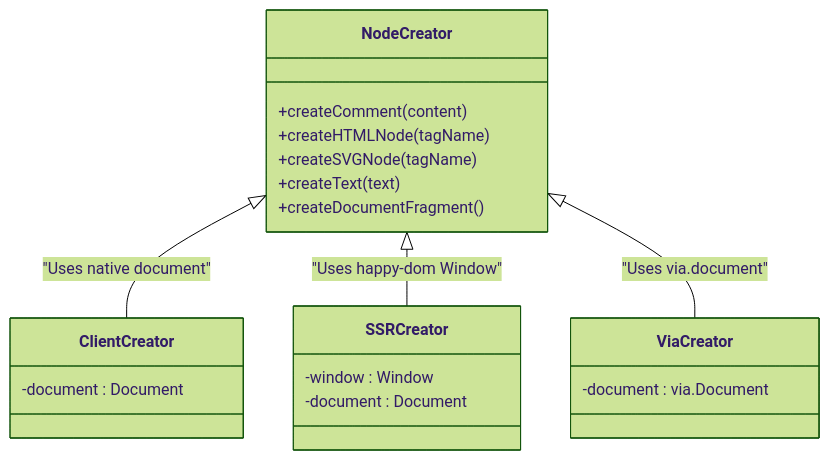
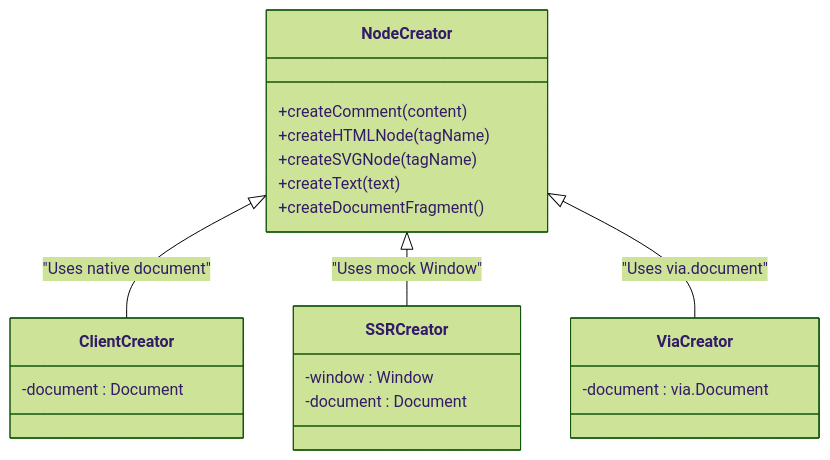
The second of 3 diagrams in .qoder/repowiki/en/content/API Reference/Core Methods/Element Creation/Element Creation.md (wobyjs/woby), drawn with Mermaid (forest theme) before and after one commit. The commit also changed other lines of this file and 911 other files, not shown here.

First line of the commit message:
refactor(ssr): replace happy-dom with custom DOM mocks for server-side rendering

````diff
--- a/.qoder/repowiki/en/content/API Reference/Core Methods/Element Creation/Element Creation.md
+++ b/.qoder/repowiki/en/content/API Reference/Core Methods/Element Creation/Element Creation.md
@@ -101,23 +101,23 @@
 ```mermaid
 classDiagram
 class NodeCreator {
 +createComment(content)
 +createHTMLNode(tagName)
 +createSVGNode(tagName)
 +createText(text)
 +createDocumentFragment()
 }
 NodeCreator <|-- ClientCreator : "Uses native document"
-NodeCreator <|-- SSRCreator : "Uses happy-dom Window"
+NodeCreator <|-- SSRCreator : "Uses mock Window"
 NodeCreator <|-- ViaCreator : "Uses via.document"
 class ClientCreator {
 -document : Document
 }
 class SSRCreator {
 -window : Window
 -document : Document
 }
 class ViaCreator {
 -document : via.Document
 }
 ```
````
